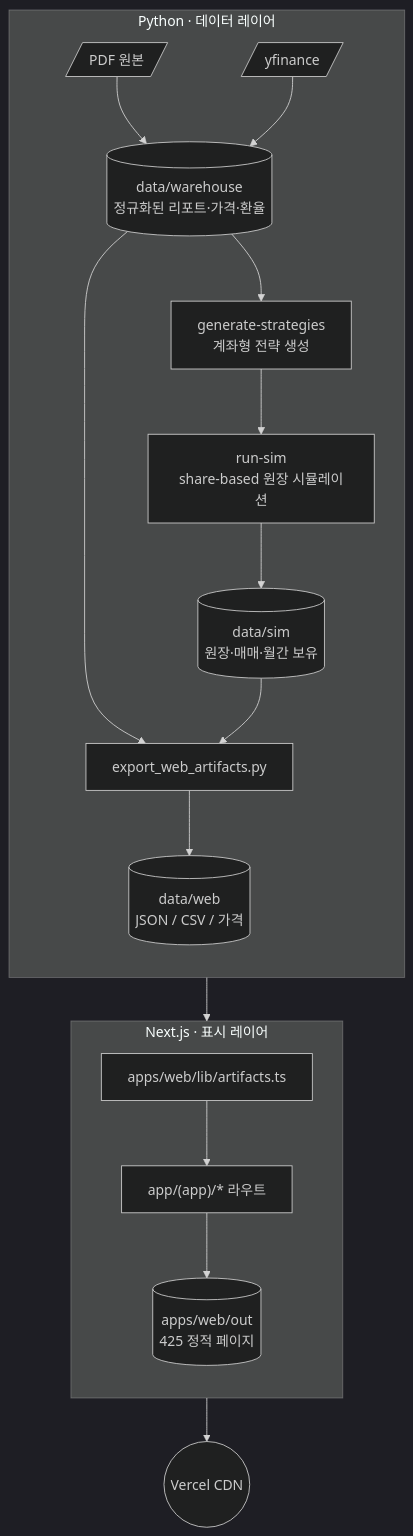
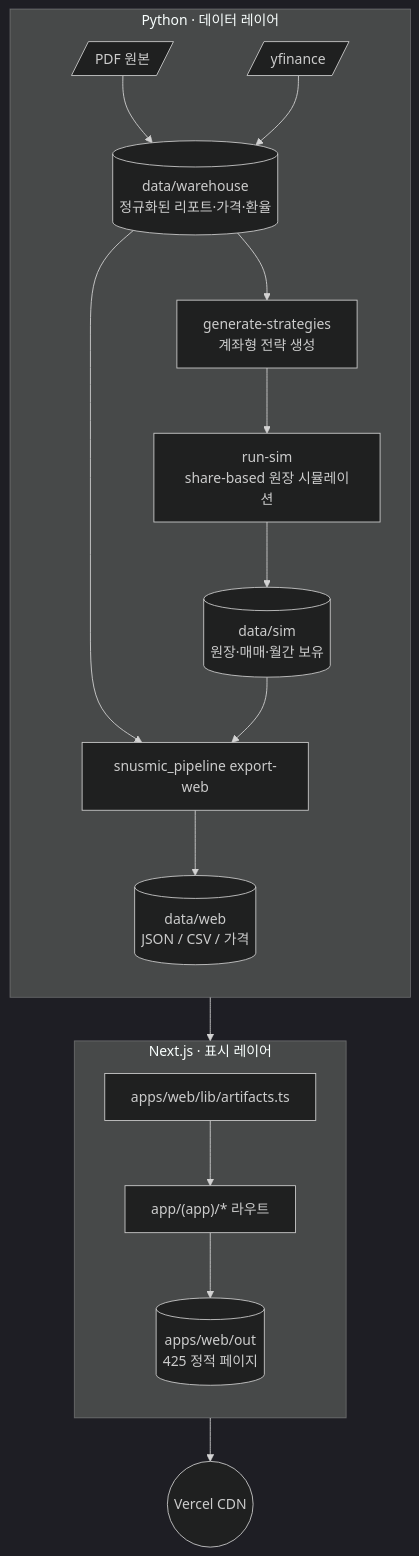
Before and after one commit to choiinyeol/snusmic-portfolio-lab: the third of 3 diagrams in README.md, drawn with Mermaid (dark theme). The commit also changed other lines of this file and 36 other files, not shown here.

````diff
--- a/README.md
+++ b/README.md
@@ -75,21 +76,21 @@
 ```mermaid
 flowchart TB
   subgraph py["Python · 데이터 레이어"]
     direction TB
     PDF[/PDF 원본/] --> Warehouse[(data/warehouse<br/>정규화된 리포트·가격·환율)]
     YF[/yfinance/] --> Warehouse
     Warehouse --> Strategy[generate-strategies<br/>계좌형 전략 생성]
     Strategy --> Sim[run-sim<br/>share-based 원장 시뮬레이션]
     Sim --> SimOut[(data/sim<br/>원장·매매·월간 보유)]
-    Warehouse --> Export[export_web_artifacts.py]
+    Warehouse --> Export[snusmic_pipeline export-web]
     SimOut --> Export
     Export --> WebData[(data/web<br/>JSON / CSV / 가격)]
   end
   subgraph next["Next.js · 표시 레이어"]
     direction TB
     WebData --> Reader[apps/web/lib/artifacts.ts]
     Reader --> Pages["app/(app)/* 라우트"]
     Pages --> StaticOut[(apps/web/out<br/>425 정적 페이지)]
   end
   StaticOut --> Vercel((Vercel CDN))
 ```
````
